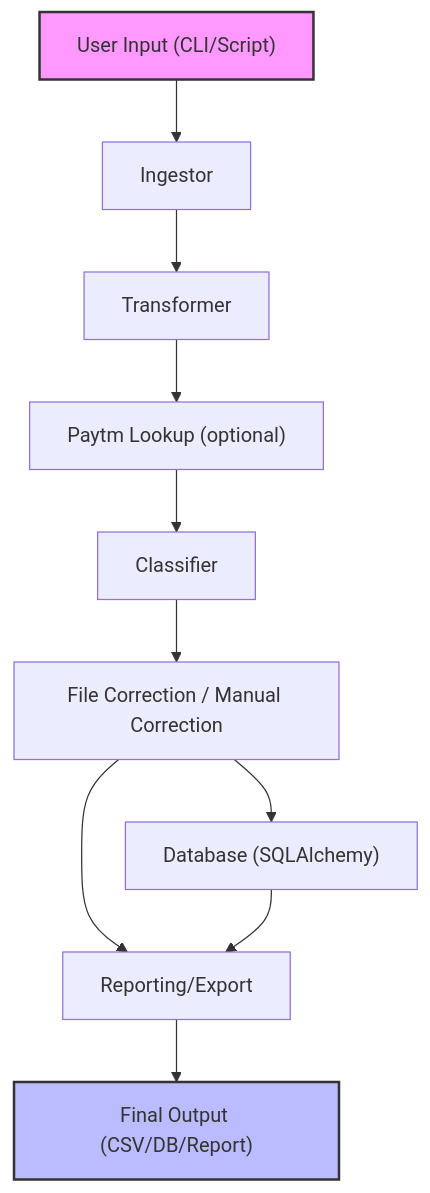
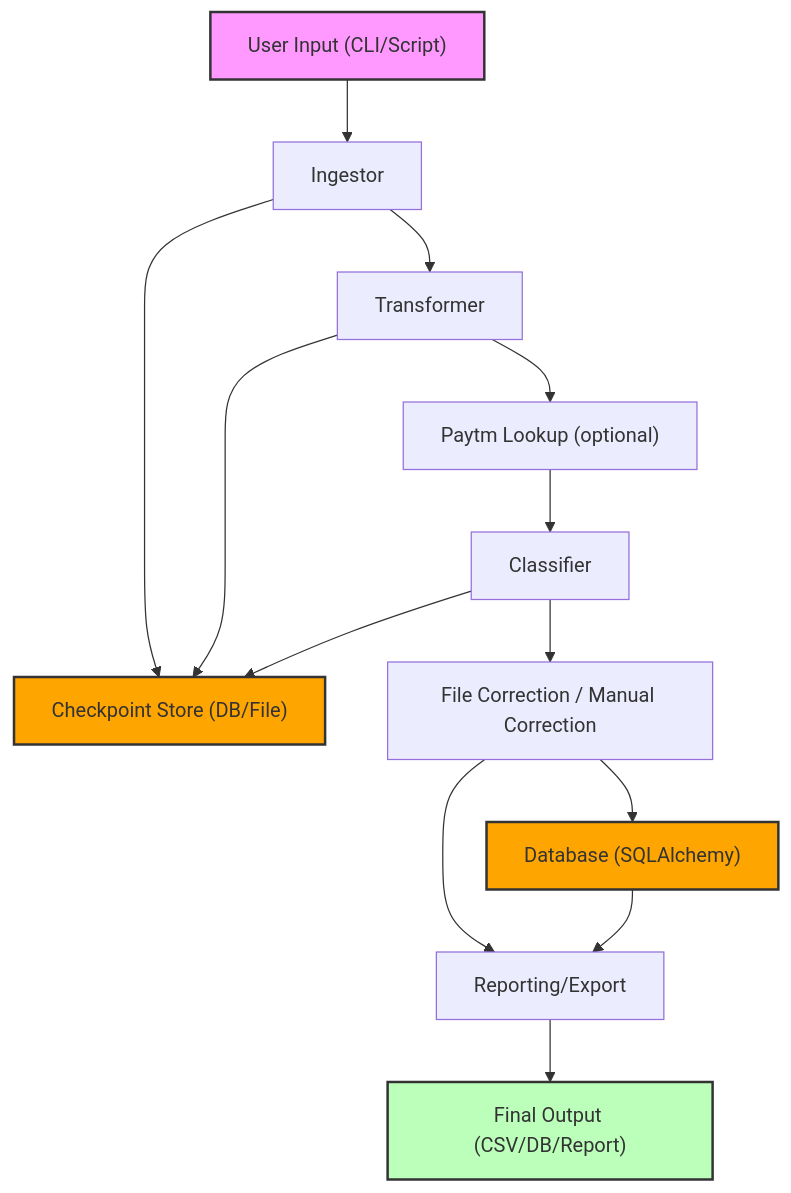
The diagram in ARCHITECTURE.md (Petrinax/expense-classifier), drawn with Mermaid before and after one commit.

````diff
--- a/ARCHITECTURE.md
+++ b/ARCHITECTURE.md
@@ -11,14 +11,19 @@
 ```mermaid
 flowchart TD
     A["User Input (CLI/Script)"] --> B["Ingestor"]
+    B --> J["Checkpoint Store (DB/File)"]
     B --> C["Transformer"]
+    C --> J["Checkpoint Store (DB/File)"]
     C --> D["Paytm Lookup (optional)"]
     D --> E["Classifier"]
+    E --> J["Checkpoint Store (DB/File)"]
     E --> F["File Correction / Manual Correction"]
     F --> G["Database (SQLAlchemy)"]
     F --> H["Reporting/Export"]
     G --> H
     H --> I["Final Output (CSV/DB/Report)"]
     style A fill:#f9f,stroke:#333,stroke-width:2px
-    style I fill:#bbf,stroke:#333,stroke-width:2px
+    style I fill:#bfb,stroke:#333,stroke-width:2px
+    style J fill:#ffa500,stroke:#333,stroke-width:2px
+    style G fill:#ffa500,stroke:#333,stroke-width:2px
 ```
````
